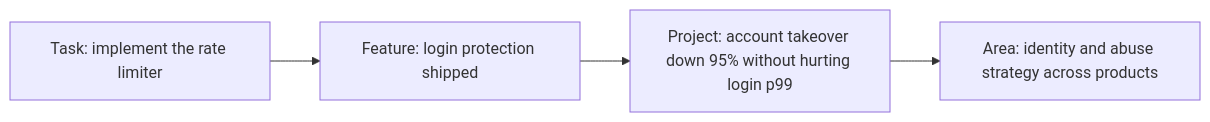
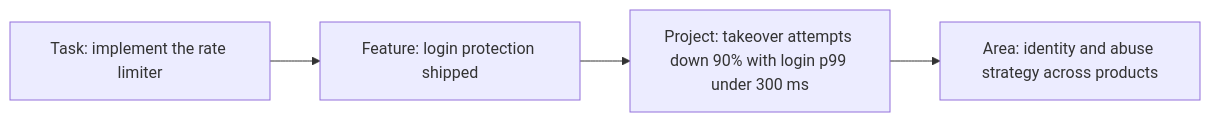
Before and after one commit to thull32/ascend: the diagram in content/tracks/13-senior-craft/03-technical-leadership/01-what-senior-means.md, drawn with Mermaid. The commit also changed other lines of this file and 7 other files, not shown here.

````diff
--- a/content/tracks/13-senior-craft/03-technical-leadership/01-what-senior-means.md
+++ b/content/tracks/13-senior-craft/03-technical-leadership/01-what-senior-means.md
@@ -25,6 +28,6 @@
 ```mermaid
 flowchart LR
     T["Task: implement the rate limiter"] --> F["Feature: login protection shipped"]
-    F --> P["Project: account takeover down 95% without hurting login p99"]
+    F --> P["Project: takeover attempts down 90% with login p99 under 300 ms"]
     P --> O["Area: identity and abuse strategy across products"]
 ```
````
